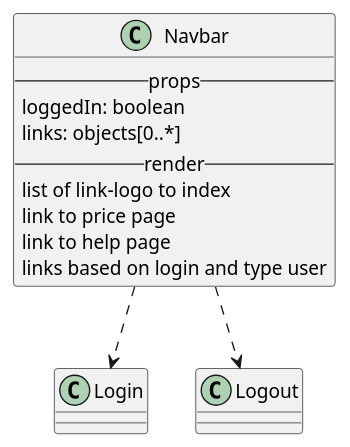
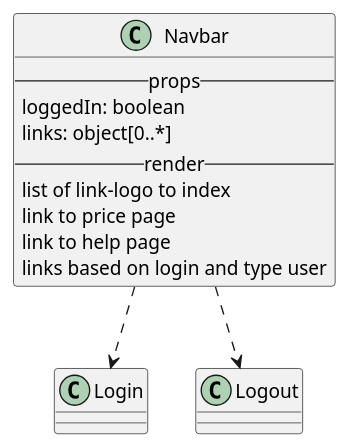
One commit to M9k/Marvin-Uml changed the diagram in react/custom/navbar.iuml. Above: the diagram before and after it, drawn with PlantUML.

```diff
--- a/react/custom/navbar.iuml
+++ b/react/custom/navbar.iuml
@@ -1,13 +1,13 @@
 class Navbar{
   --props--
     loggedIn: boolean
-    links: objects[0..*]
+    links: object[0..*]
   --render--
     list of link-logo to index
     link to price page
     link to help page
     links based on login and type user
 }
 
 Navbar ..> Login
 Navbar ..> Logout
```
